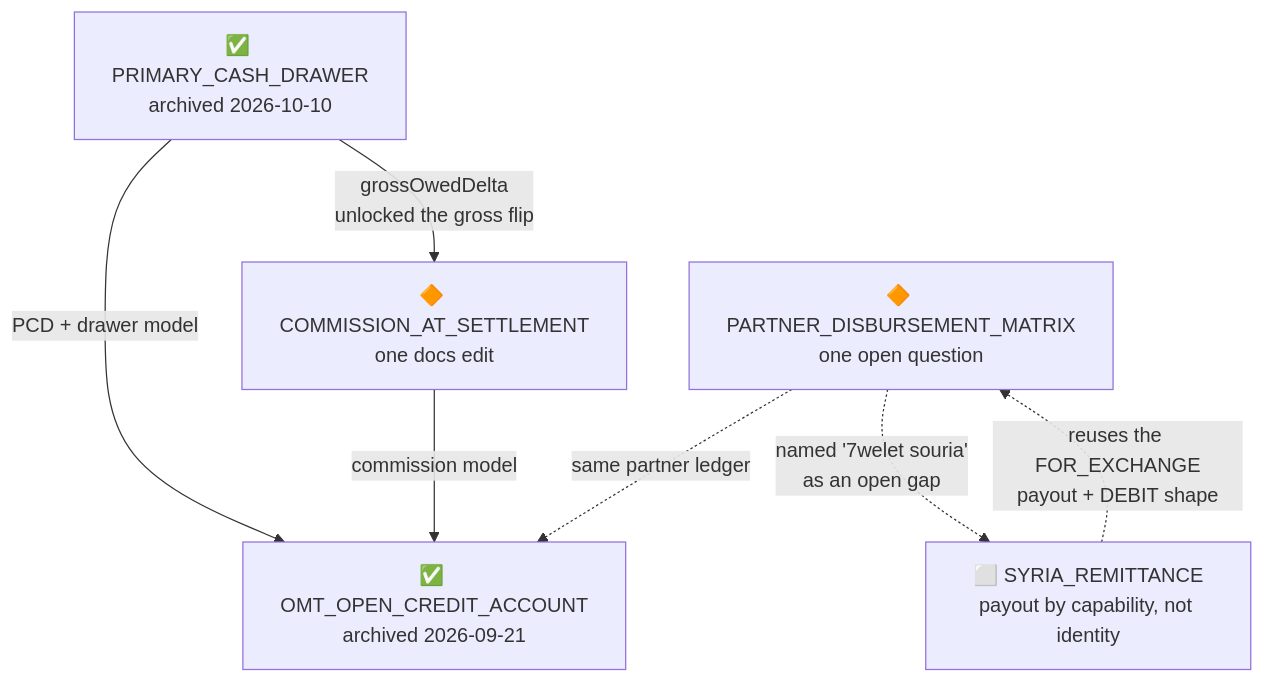
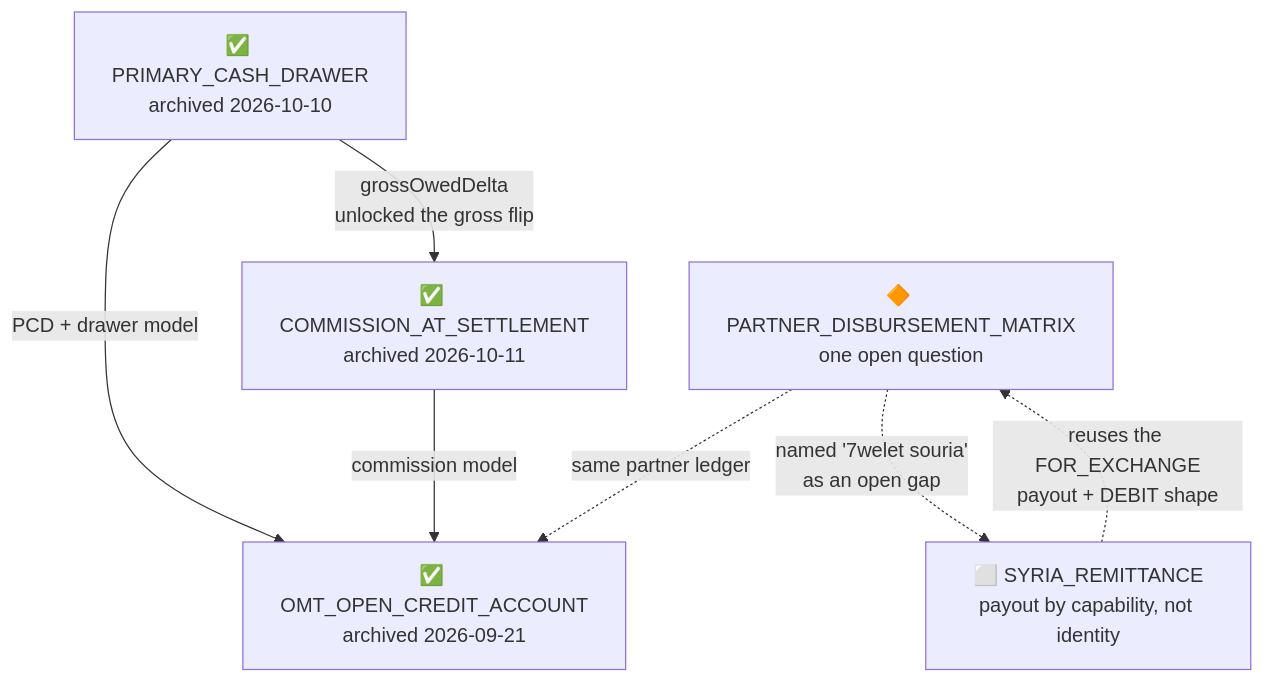
One commit to amirelhalabi/Liratek changed the first of 4 diagrams in docs/plans/ongoing_plans/PLAN_OVERVIEW.md. Above: the diagram before and after it, drawn with Mermaid. The commit also changed other lines of this file and 18 other files, not shown here.

First line of the commit message:
feat(LIRA-095): finish commission-at-settlement — one realized-commission provider set, OMT settle/void e2e, docs; archive plan

````diff
--- a/docs/plans/ongoing_plans/PLAN_OVERVIEW.md
+++ b/docs/plans/ongoing_plans/PLAN_OVERVIEW.md
@@ -221,15 +221,15 @@
 ```mermaid
 graph TD
   PCD["✅ PRIMARY_CASH_DRAWER<br/>archived 2026-10-10"]
-  CAS["🔶 COMMISSION_AT_SETTLEMENT<br/>one docs edit"]
+  CAS["✅ COMMISSION_AT_SETTLEMENT<br/>archived 2026-10-11"]
   OMT["✅ OMT_OPEN_CREDIT_ACCOUNT<br/>archived 2026-09-21"]
   PDM["🔶 PARTNER_DISBURSEMENT_MATRIX<br/>one open question"]
   SYR["⬜ SYRIA_REMITTANCE<br/>payout by capability, not identity"]
 
   PCD -->|"grossOwedDelta<br/>unlocked the gross flip"| CAS
   PCD -->|"PCD + drawer model"| OMT
   CAS -->|"commission model"| OMT
   PDM -.->|"same partner ledger"| OMT
   PDM -.->|"named '7welet souria'<br/>as an open gap"| SYR
   SYR -.->|"reuses the FOR_EXCHANGE<br/>payout + DEBIT shape"| PDM
 ```
````
